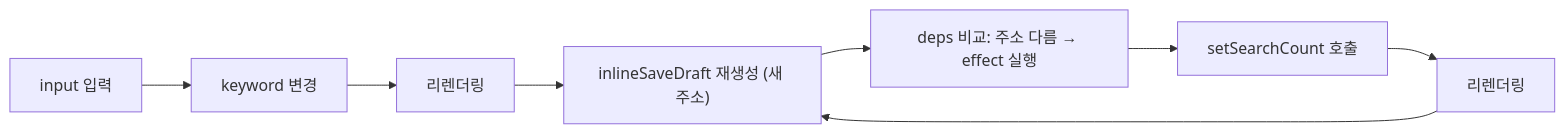
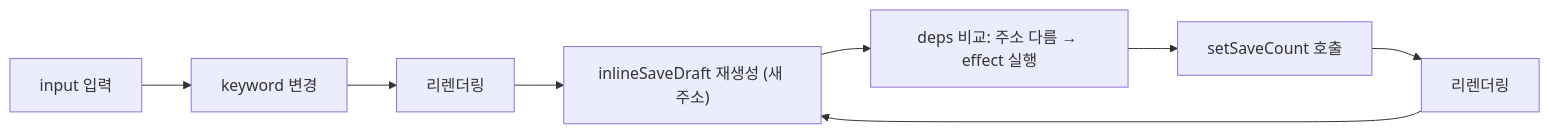
The second of 3 diagrams in markdown/2026-01-18/ko/content.mdx (codefug/codefug.github.io), drawn with Mermaid before and after one commit. The commit also changed other lines of this file, not shown here.

````diff
--- a/markdown/2026-01-18/ko/content.mdx
+++ b/markdown/2026-01-18/ko/content.mdx
@@ -97,10 +88,10 @@
 ```mermaid
 flowchart LR
     A["input 입력"] --> B["keyword 변경"]
     B --> C["리렌더링"]
     C --> D["inlineSaveDraft 재생성 (새 주소)"]
     D --> E["deps 비교: 주소 다름 → effect 실행"]
-    E --> F["setSearchCount 호출"]
+    E --> F["setSaveCount 호출"]
     F --> G["리렌더링"]
     G --> D
 ```
````
